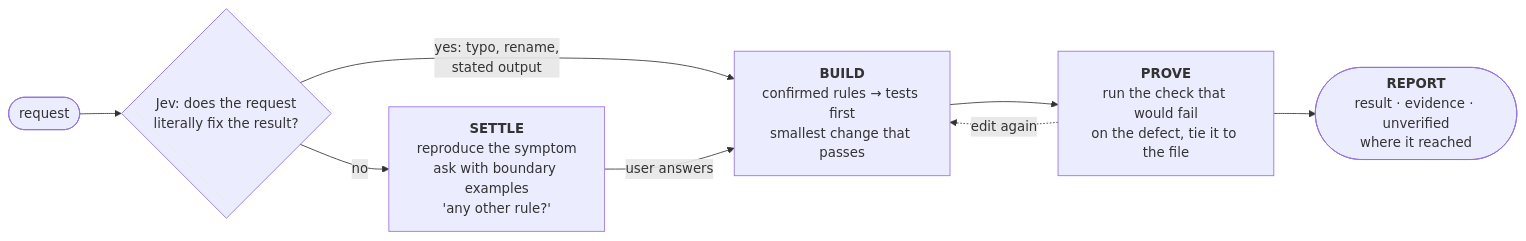
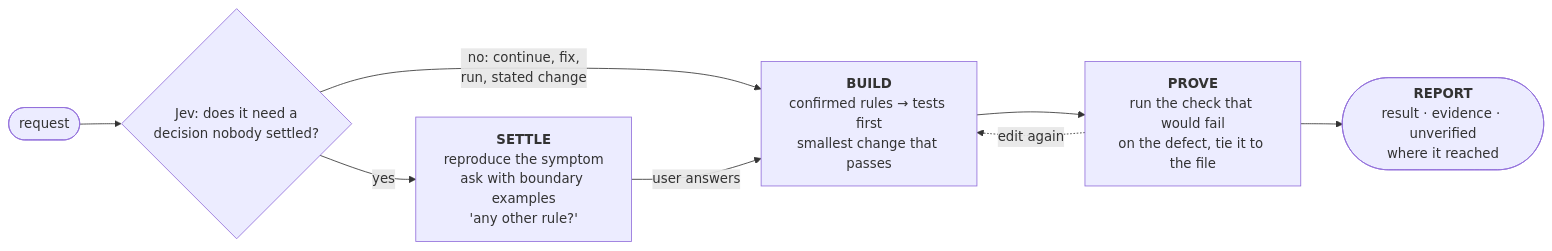
The first of 3 diagrams in README.md (beyondworks/lean-forge), drawn with Mermaid before and after one commit. The commit also changed other lines of this file and 5 other files, not shown here.

````diff
--- a/README.md
+++ b/README.md
@@ -40,10 +40,10 @@
 ```mermaid
 flowchart LR
-    R([request]) --> J{"Jev: does the request<br/>literally fix the result?"}
-    J -- "yes: typo, rename,<br/>stated output" --> B
-    J -- "no" --> S["<b>SETTLE</b><br/>reproduce the symptom<br/>ask with boundary examples<br/>'any other rule?'"]
+    R([request]) --> J{"Jev: does it need a<br/>decision nobody settled?"}
+    J -- "no: continue, fix,<br/>run, stated change" --> B
+    J -- "yes" --> S["<b>SETTLE</b><br/>reproduce the symptom<br/>ask with boundary examples<br/>'any other rule?'"]
     S -- "user answers" --> B["<b>BUILD</b><br/>confirmed rules → tests first<br/>smallest change that passes"]
     B --> P["<b>PROVE</b><br/>run the check that would fail<br/>on the defect, tie it to the file"]
     P --> T(["<b>REPORT</b><br/>result · evidence · unverified<br/>where it reached"])
     P -. "edit again" .-> B
 ```
````
